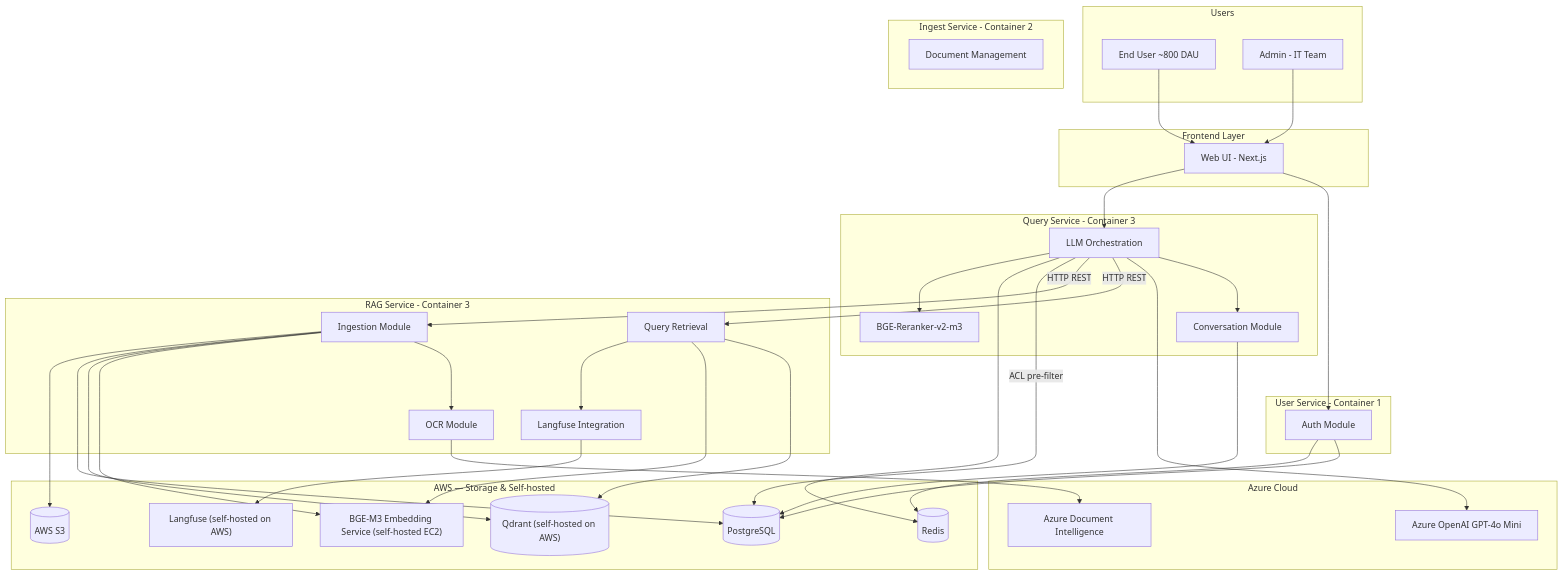
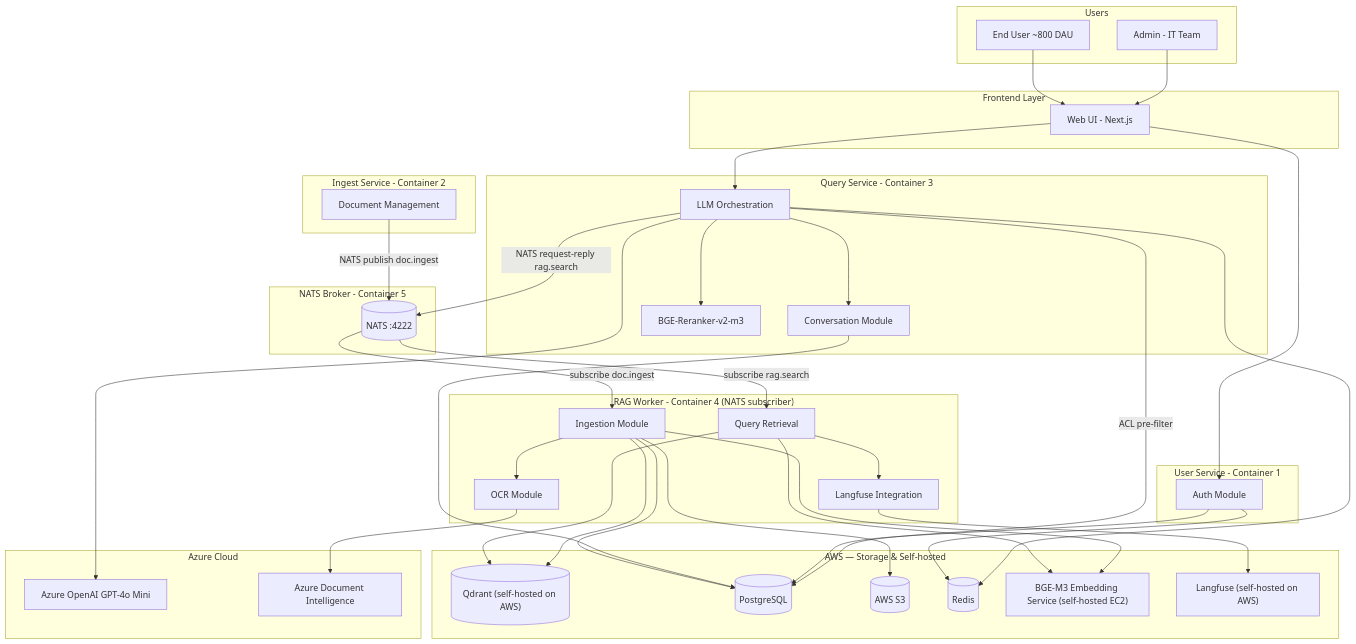
The first of 6 diagrams in docs/SA_RAG_Chatbot_Final.md (cds0987/DA08-VSF-AI), drawn with Mermaid before and after one commit. The commit also changed other lines of this file and 1 other file, not shown here.

````diff
--- a/docs/SA_RAG_Chatbot_Final.md
+++ b/docs/SA_RAG_Chatbot_Final.md
@@ -140,71 +140,77 @@
 ```mermaid
 graph TB
     subgraph USERS["Users"]
         EU["End User ~800 DAU"]
         ADM["Admin - IT Team"]
     end
 
     subgraph FRONTEND["Frontend Layer"]
         UI["Web UI - Next.js"]
     end
 
     subgraph USER_SVC["User Service - Container 1"]
         AUTH["Auth Module"]
     end
 
     subgraph INGEST_SVC["Ingest Service - Container 2"]
         DOCMGMT["Document Management"]
     end
 
     subgraph QUERY_SVC["Query Service - Container 3"]
         CONV["Conversation Module"]
         ORCH["LLM Orchestration"]
         RERANK["BGE-Reranker-v2-m3"]
     end
 
-    subgraph RAG_SVC["RAG Service - Container 3"]
+    subgraph RAG_WRK["RAG Worker - Container 4 (NATS subscriber)"]
         QUERY["Query Retrieval"]
         INGEST["Ingestion Module"]
         OCR["OCR Module"]
         LFI["Langfuse Integration"]
+    end
+
+    subgraph NATS_BRK["NATS Broker - Container 5"]
+        NATS[("NATS :4222")]
     end
 
     subgraph AWS_STORAGE["AWS — Storage & Self-hosted"]
         QDRANT[("Qdrant (self-hosted on AWS)")]
         PG[("PostgreSQL")]
         S3[("AWS S3")]
         REDIS[("Redis")]
         BGE["BGE-M3 Embedding Service (self-hosted EC2)"]
         LF["Langfuse (self-hosted on AWS)"]
     end
 
     subgraph AZURE["Azure Cloud"]
         AOAI["Azure OpenAI GPT-4o Mini"]
         ADI["Azure Document Intelligence"]
     end
 
     EU --> UI
     ADM --> UI
     UI --> AUTH
     UI --> ORCH
     ORCH --> CONV
     ORCH --> AOAI
-    ORCH -- "HTTP REST" --> QUERY
-    ORCH -- "HTTP REST" --> INGEST
+    ORCH -- "NATS request-reply rag.search" --> NATS
+    NATS -- "subscribe rag.search" --> QUERY
+    DOCMGMT -- "NATS publish doc.ingest" --> NATS
+    NATS -- "subscribe doc.ingest" --> INGEST
     QUERY --> QDRANT
     QUERY --> BGE
     QUERY --> LFI
     INGEST --> OCR
     INGEST --> BGE
     INGEST --> QDRANT
     INGEST --> PG
     INGEST --> S3
     OCR --> ADI
     CONV --> PG
     AUTH --> PG
     AUTH --> REDIS
     ORCH -- "ACL pre-filter" --> PG
     ORCH --> REDIS
     ORCH --> RERANK
     LFI --> LF
 ```
````
